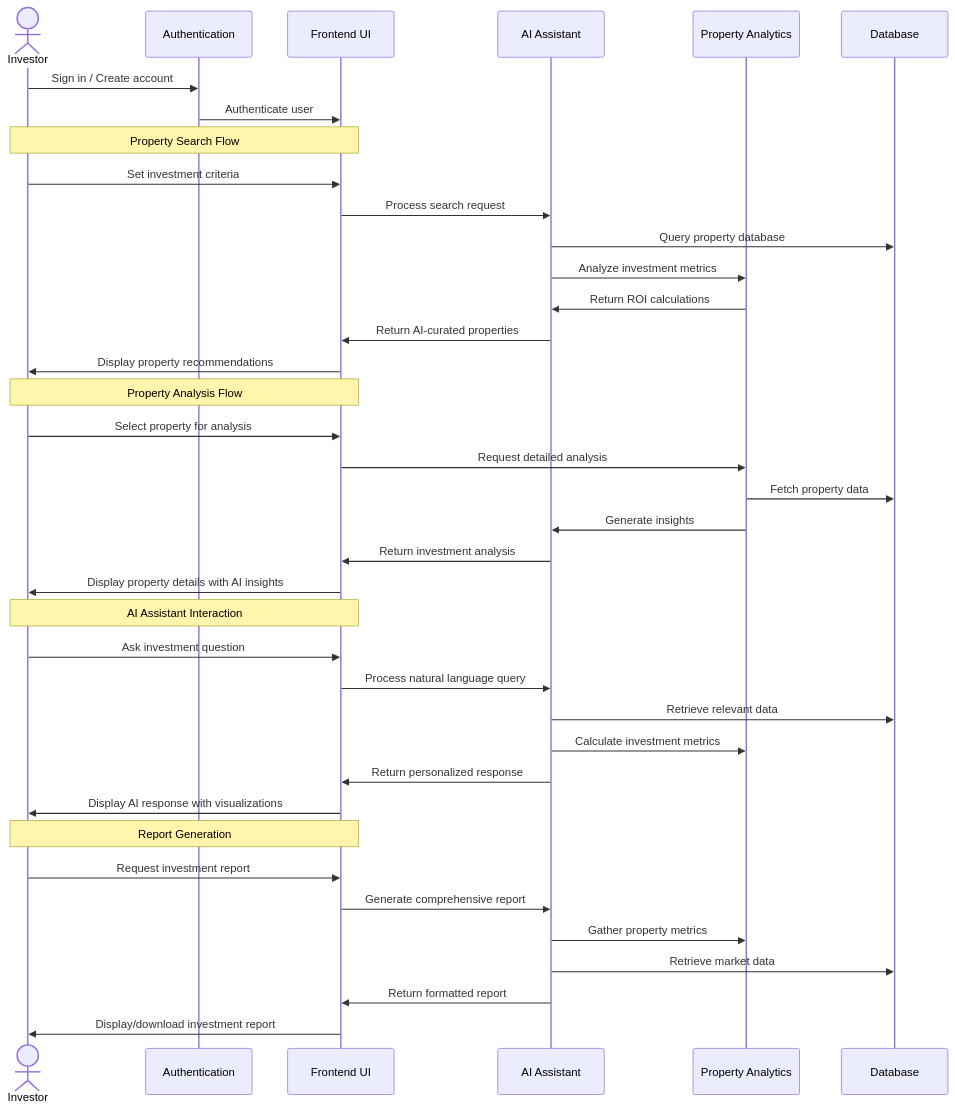
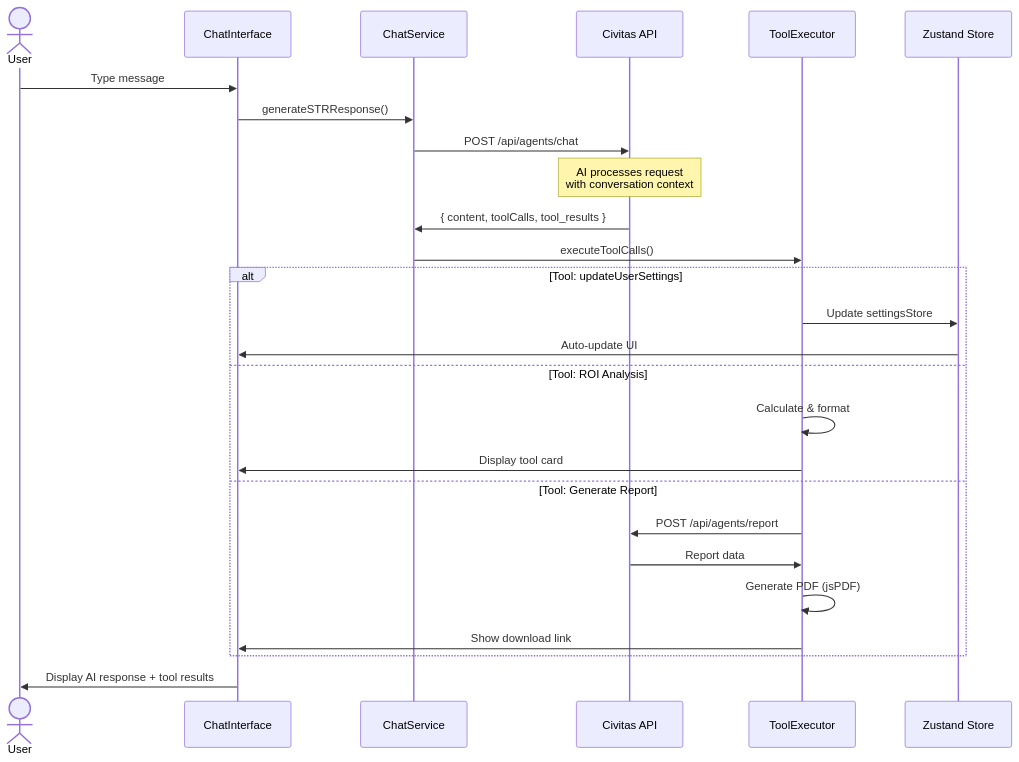
The second of 2 diagrams in README.md (Rentfolio-ai/Frontend), drawn with Mermaid before and after one commit. The commit also changed other lines of this file, not shown here.

````diff
--- a/README.md
+++ b/README.md
@@ -72,45 +145,31 @@
 ```mermaid
 sequenceDiagram
-    actor Investor
-    participant Auth as Authentication
-    participant UI as Frontend UI
-    participant AIAssistant as AI Assistant
-    participant PropertyAnalytics as Property Analytics
-    participant Database as Database
+    actor User
+    participant Chat as ChatInterface
+    participant Service as ChatService
+    participant Backend as Civitas API
+    participant Tools as ToolExecutor
+    participant Store as Zustand Store
     
-    Investor->>Auth: Sign in / Create account
-    Auth->>UI: Authenticate user
+    User->>Chat: Type message
+    Chat->>Service: generateSTRResponse()
+    Service->>Backend: POST /api/agents/chat
+    Note over Backend: AI processes request<br/>with conversation context
+    Backend->>Service: { content, toolCalls, tool_results }
+    Service->>Tools: executeToolCalls()
     
-    Note over Investor, UI: Property Search Flow
-    Investor->>UI: Set investment criteria
-    UI->>AIAssistant: Process search request
-    AIAssistant->>Database: Query property database
-    AIAssistant->>PropertyAnalytics: Analyze investment metrics
-    PropertyAnalytics->>AIAssistant: Return ROI calculations
-    AIAssistant->>UI: Return AI-curated properties
-    UI->>Investor: Display property recommendations
+    alt Tool: updateUserSettings
+        Tools->>Store: Update settingsStore
+        Store->>Chat: Auto-update UI
+    else Tool: ROI Analysis
+        Tools->>Tools: Calculate & format
+        Tools->>Chat: Display tool card
+    else Tool: Generate Report
+        Tools->>Backend: POST /api/agents/report
+        Backend->>Tools: Report data
+        Tools->>Tools: Generate PDF (jsPDF)
+        Tools->>Chat: Show download link
+    end
     
-    Note over Investor, UI: Property Analysis Flow
-    Investor->>UI: Select property for analysis
-    UI->>PropertyAnalytics: Request detailed analysis
-    PropertyAnalytics->>Database: Fetch property data
-    PropertyAnalytics->>AIAssistant: Generate insights
-    AIAssistant->>UI: Return investment analysis
-    UI->>Investor: Display property details with AI insights
-    
-    Note over Investor, UI: AI Assistant Interaction
-    Investor->>UI: Ask investment question
-    UI->>AIAssistant: Process natural language query
-    AIAssistant->>Database: Retrieve relevant data
-    AIAssistant->>PropertyAnalytics: Calculate investment metrics
-    AIAssistant->>UI: Return personalized response
-    UI->>Investor: Display AI response with visualizations
-    
-    Note over Investor, UI: Report Generation
-    Investor->>UI: Request investment report
-    UI->>AIAssistant: Generate comprehensive report
-    AIAssistant->>PropertyAnalytics: Gather property metrics
-    AIAssistant->>Database: Retrieve market data
-    AIAssistant->>UI: Return formatted report
-    UI->>Investor: Display/download investment report
+    Chat->>User: Display AI response + tool results
 ```
````
